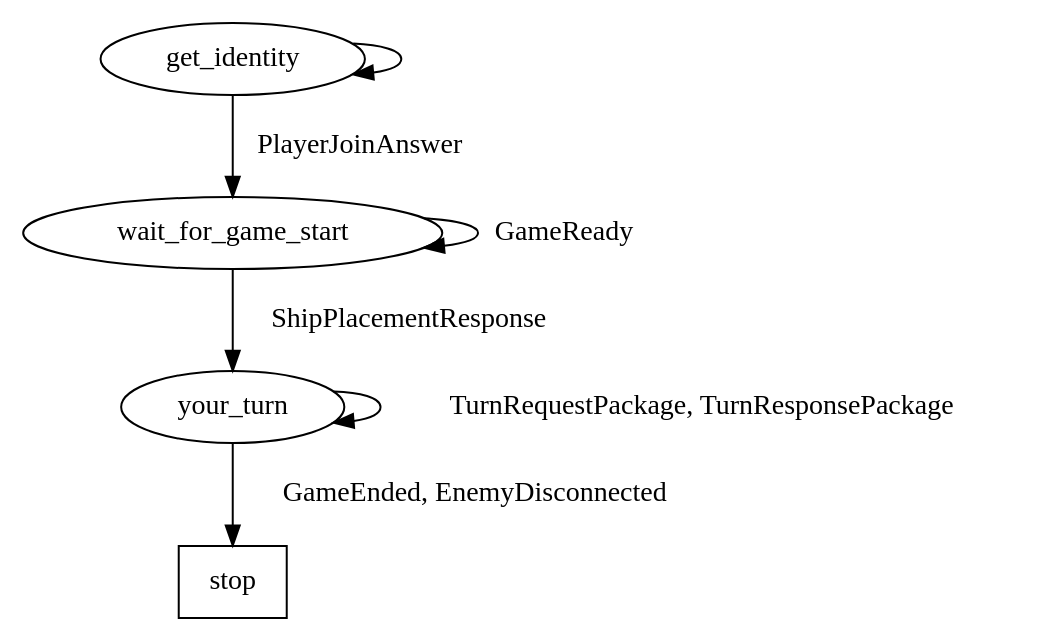
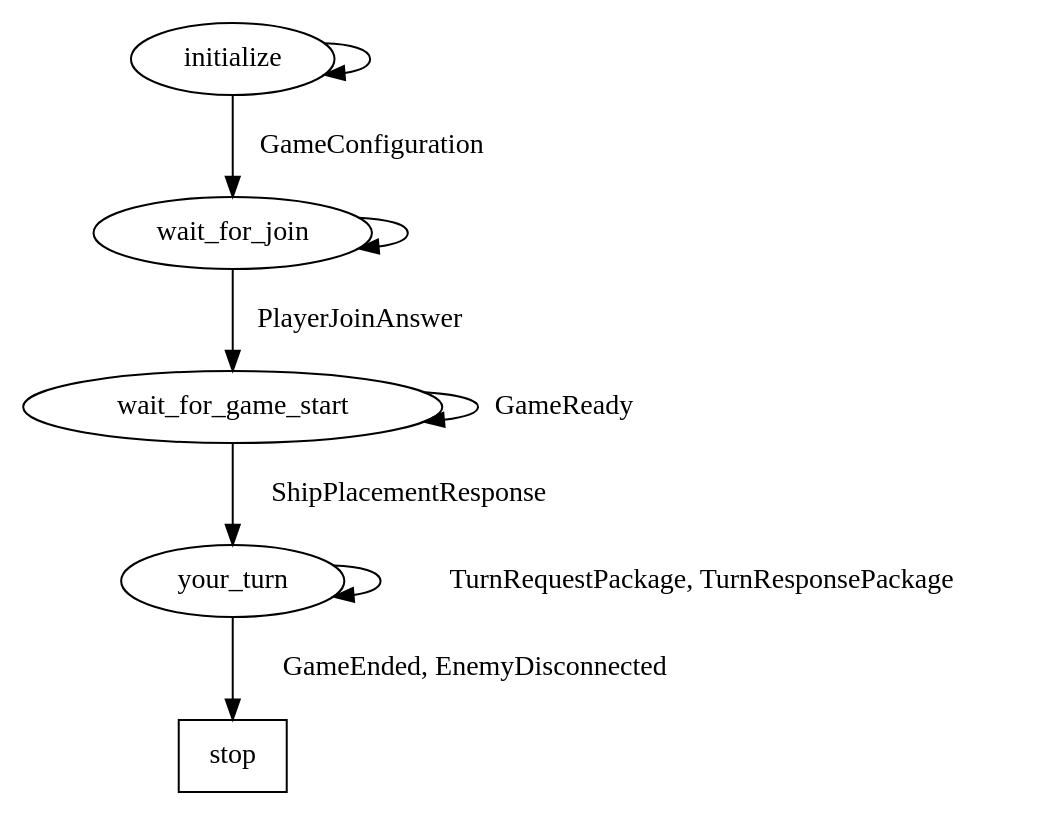
One commit to gnomengineer/cBattleship changed the diagram in doc/client-statemachine.dot. Above: the diagram before and after it, drawn with Graphviz. The commit also changed 18 other files, not shown here.

```diff
--- a/doc/client-statemachine.dot
+++ b/doc/client-statemachine.dot
@@ -1,15 +1,19 @@
 digraph ClientStatemachine {
-    get_identity
+    initialize
+    wait_for_join
     wait_for_game_start
     your_turn
     stop [shape=record]
 
-    get_identity -> wait_for_game_start [label="PlayerJoinAnswer"]
-    get_identity -> get_identity
+    initialize -> wait_for_join [label="GameConfiguration"]
+    initialize -> initialize
+
+    wait_for_join -> wait_for_game_start [label="PlayerJoinAnswer"]
+    wait_for_join -> wait_for_join
 
     wait_for_game_start -> wait_for_game_start [label="GameReady"]
     wait_for_game_start -> your_turn [label="ShipPlacementResponse"]
 
     your_turn -> your_turn [label="TurnRequestPackage, TurnResponsePackage"]
     your_turn -> stop [label="GameEnded, EnemyDisconnected"]
 }
```
